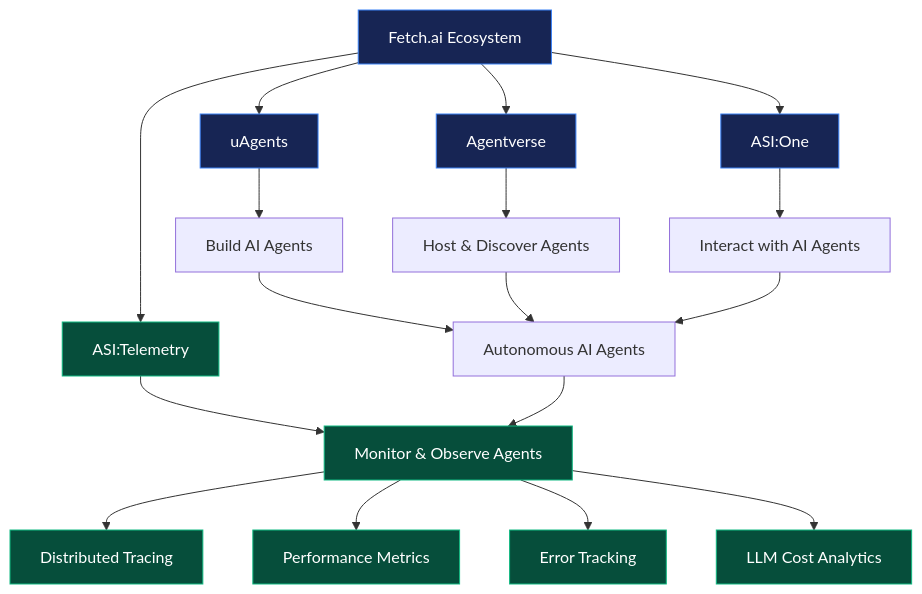
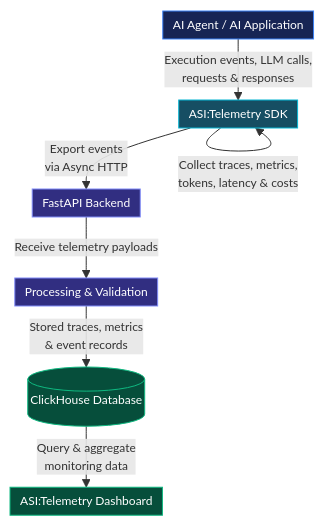
The diagram in content/blog/the-engineering-behind-asi-telemetery.md (ujjwalkat07/porfolio), drawn with Mermaid before and after one commit. The commit also changed 3 other files, not shown here.

Commit message:
feat: add blog post on the engineering behind ASI Telemetry with mermaid diagrams

````diff
--- a/content/blog/the-engineering-behind-asi-telemetery.md
+++ b/content/blog/the-engineering-behind-asi-telemetery.md
@@ -28,30 +28,29 @@
 ```mermaid
-flowchart TB
-    A["Fetch.ai Ecosystem"]
 
-    A --> B["uAgents"]
-    A --> C["Agentverse"]
-    A --> D["ASI:One"]
-    A --> E["ASI:Telemetry"]
+%%{init: {"themeVariables": {"fontSize": "12px"}, "flowchart": {"nodeSpacing": 18, "rankSpacing": 25, "padding": 5}}}%%
 
-    B --> B1["Build AI Agents"]
-    C --> C1["Host & Discover Agents"]
-    D --> D1["Interact with AI Agents"]
-    E --> E1["Monitor & Observe Agents"]
+flowchart TD
+    A["AI Agent / AI Application"]
+    B["ASI:Telemetry SDK"]
+    C["FastAPI Backend"]
+    D["Processing & Validation"]
+    E[("ClickHouse Database")]
+    G["ASI:Telemetry Dashboard"]
 
-    B1 --> F["Autonomous AI Agents"]
-    C1 --> F
-    D1 --> F
+    A -->|"Execution events, LLM calls,<br/>requests & responses"| B
 
-    F --> E1
+    B -->|"Collect traces, metrics,<br/>tokens, latency & costs"| B
+    B -->|"Export events<br/>via Async HTTP"| C
 
-    E1 --> G["Distributed Tracing"]
-    E1 --> H["Performance Metrics"]
-    E1 --> I["Error Tracking"]
-    E1 --> J["LLM Cost Analytics"]
+    C -->|"Receive telemetry payloads"| D
+    D -->|"Stored traces, metrics<br/>& event records"| E
+    E -->|"Query & aggregate<br/>monitoring data"| G
 
-    classDef ecosystem fill:#172554,stroke:#3b82f6,color:#fff
-    classDef telemetry fill:#064e3b,stroke:#10b981,color:#fff
-    class A,B,C,D ecosystem
-    class E,E1,G,H,I,J telemetry
+    style A fill:#172554,stroke:#3b82f6,color:#fff
+    style B fill:#164e63,stroke:#06b6d4,color:#fff
+    style C fill:#312e81,stroke:#818cf8,color:#fff
+    style D fill:#312e81,stroke:#818cf8,color:#fff
+    style E fill:#064e3b,stroke:#10b981,color:#fff
+    style G fill:#064e3b,stroke:#10b981,color:#fff
+
 ```
````
